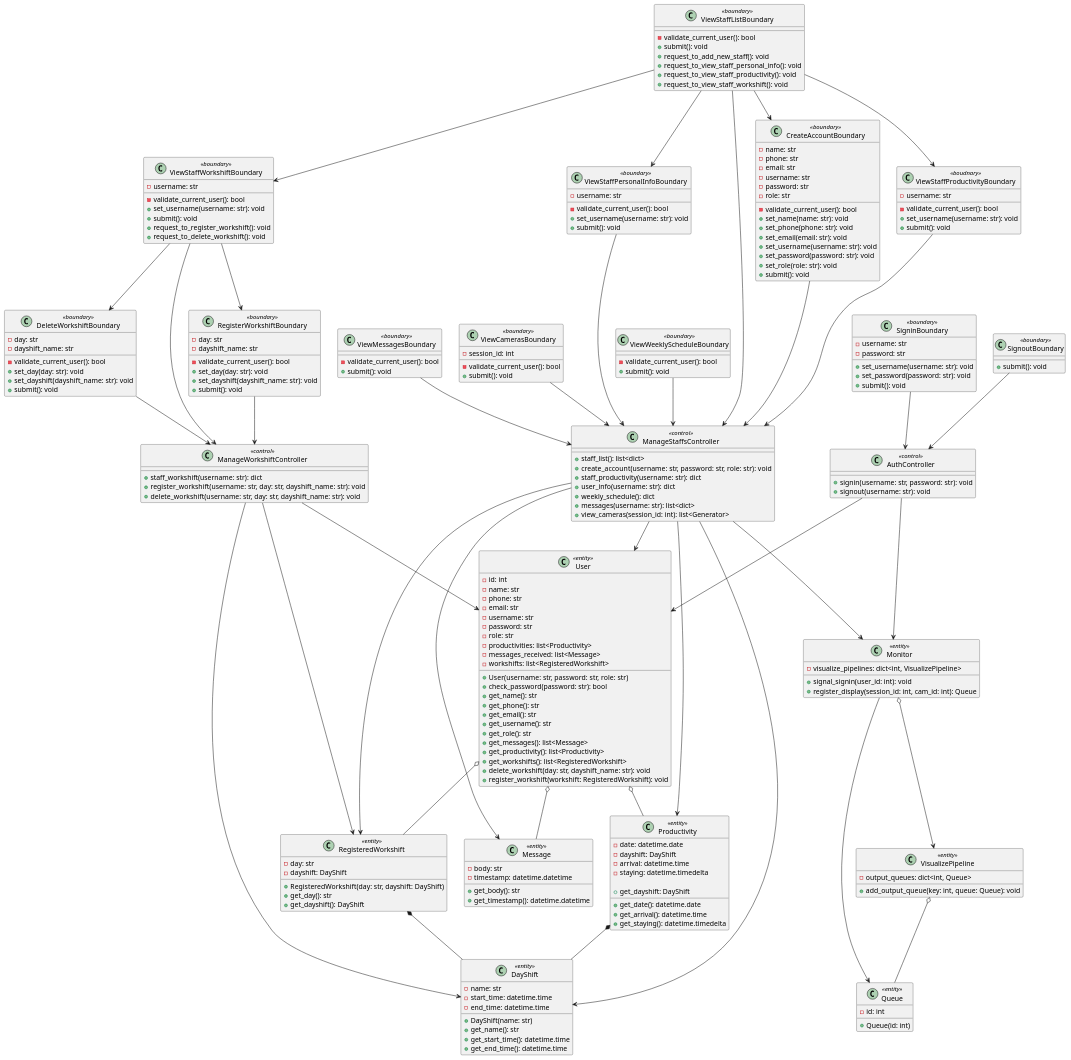
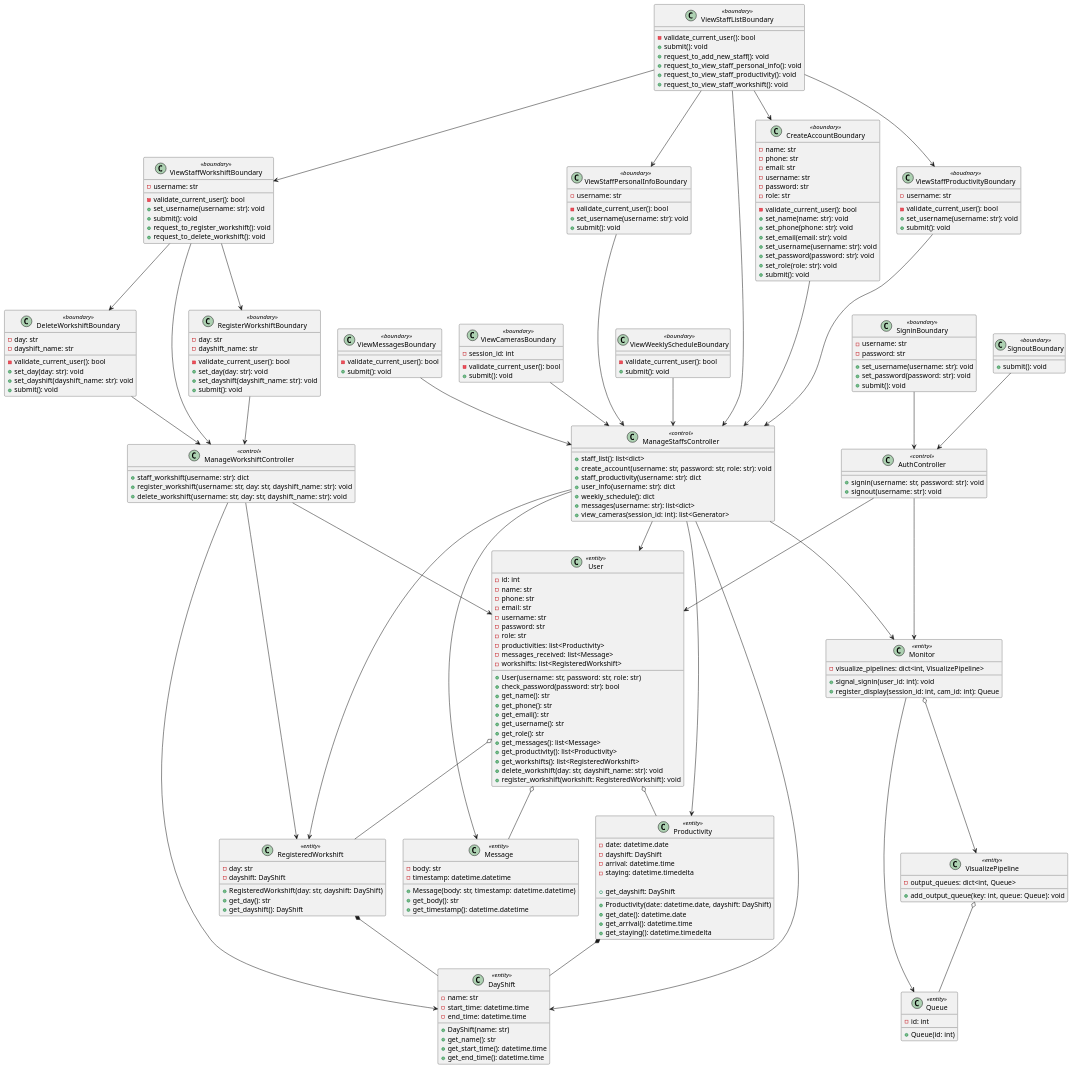
One commit to LapTQ/MCT changed the diagram in docs/UML/Class Details/all.pu. Above: the diagram before and after it, drawn with PlantUML. The commit also changed 24 other files, not shown here.

Commit message:
update UML, refactor app.__init__

```diff
--- a/docs/UML/Class Details/all.pu
+++ b/docs/UML/Class Details/all.pu
@@ -164,6 +164,7 @@
     - arrival: datetime.time
     - staying: datetime.timedelta
 
+    + Productivity(date: datetime.date, dayshift: DayShift)
     + get_date(): datetime.date
     + get_dayshift: DayShift
     + get_arrival(): datetime.time
@@ -192,6 +193,7 @@
     - body: str
     - timestamp: datetime.datetime
 
+    + Message(body: str, timestamp: datetime.datetime)
     + get_body(): str
     + get_timestamp(): datetime.datetime
 }
```
